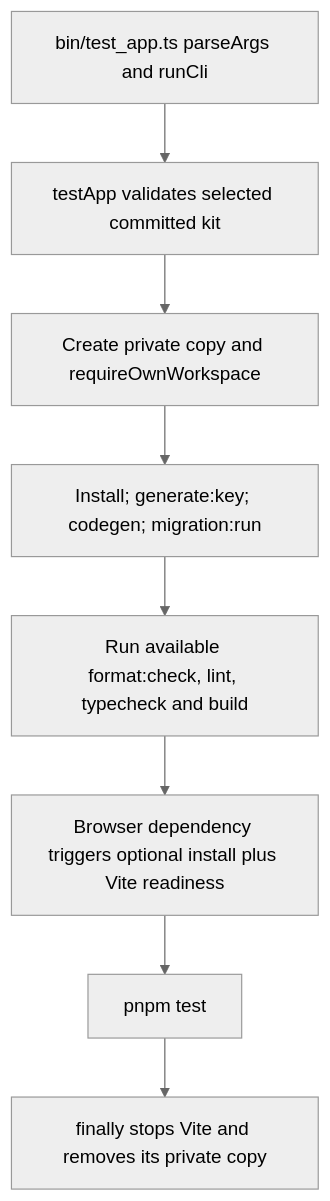
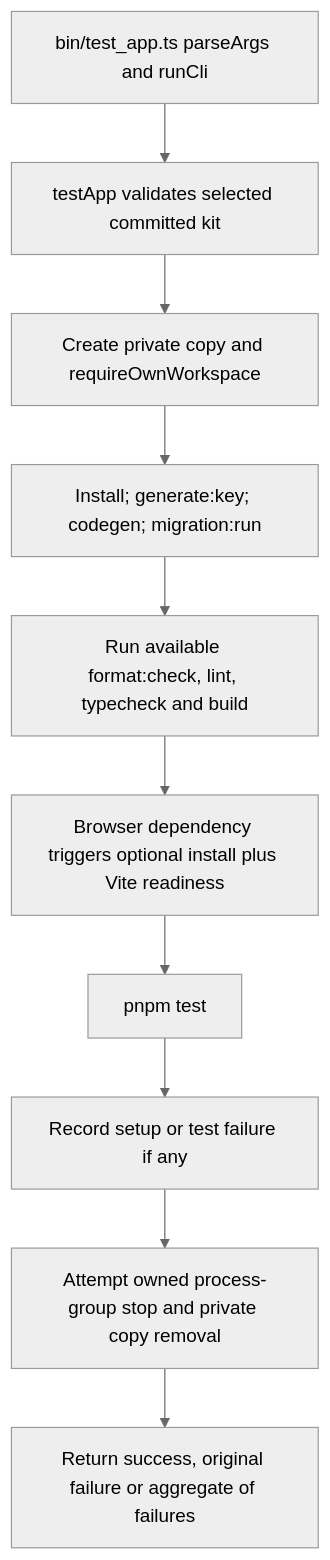
One commit to Kevinjohn/oss-adonisjs-starter-examples changed the second of 2 diagrams in user-stories/operations/us-ops-05-test-kit.md. Above: the diagram before and after it, drawn with Mermaid (neutral theme). The commit also changed other lines of this file and 29 other files, not shown here.

````diff
--- a/user-stories/operations/us-ops-05-test-kit.md
+++ b/user-stories/operations/us-ops-05-test-kit.md
@@ -40,10 +40,12 @@
 ```mermaid
 flowchart TD
     A["bin/test_app.ts parseArgs and runCli"] --> B["testApp validates selected committed kit"]
     B --> C["Create private copy and requireOwnWorkspace"]
     C --> D["Install; generate:key; codegen; migration:run"]
     D --> E["Run available format:check, lint, typecheck and build"]
     E --> F["Browser dependency triggers optional install plus Vite readiness"]
     F --> G["pnpm test"]
-    G --> H["finally stops Vite and removes its private copy"]
+    G --> H["Record setup or test failure if any"]
+    H --> I["Attempt owned process-group stop and private copy removal"]
+    I --> J["Return success, original failure or aggregate of failures"]
 ```
````
